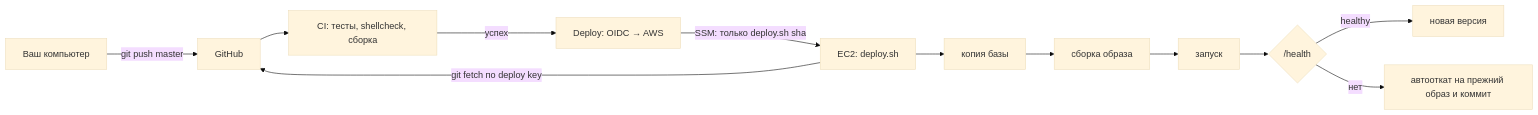
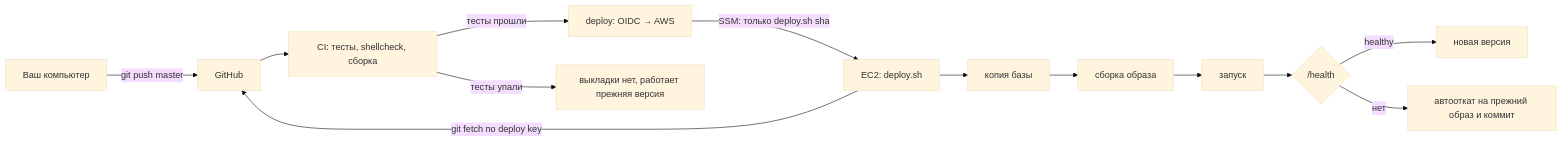
Before and after one commit to RahimovShaxriyor/gh-tg-poster: the diagram in docs/aws-deploy.md, drawn with Mermaid (base theme). The commit also changed other lines of this file and 3 other files, not shown here.

````diff
--- a/docs/aws-deploy.md
+++ b/docs/aws-deploy.md
@@ -20,11 +20,12 @@
 ```mermaid
 flowchart LR
   dev[Ваш компьютер] -->|git push master| gh[GitHub]
   gh --> ci[CI: тесты, shellcheck, сборка]
-  ci -->|успех| cd[Deploy: OIDC → AWS]
+  ci -->|тесты прошли| cd[deploy: OIDC → AWS]
+  ci -->|тесты упали| stop[выкладки нет, работает прежняя версия]
   cd -->|SSM: только deploy.sh sha| ec2[EC2: deploy.sh]
   ec2 -->|git fetch по deploy key| gh
   ec2 --> bk[копия базы] --> build[сборка образа] --> up[запуск] --> hc{/health}
   hc -->|healthy| ok[новая версия]
   hc -->|нет| rb[автооткат на прежний образ и коммит]
 ```
````
